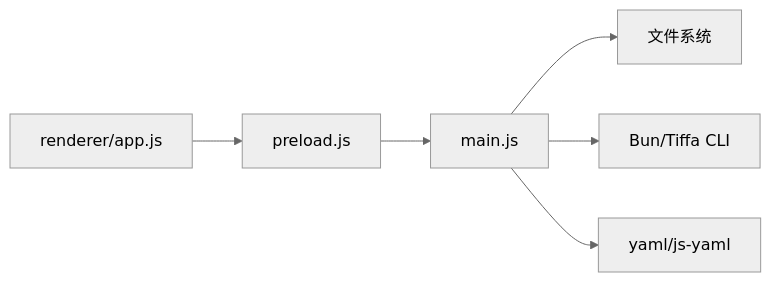
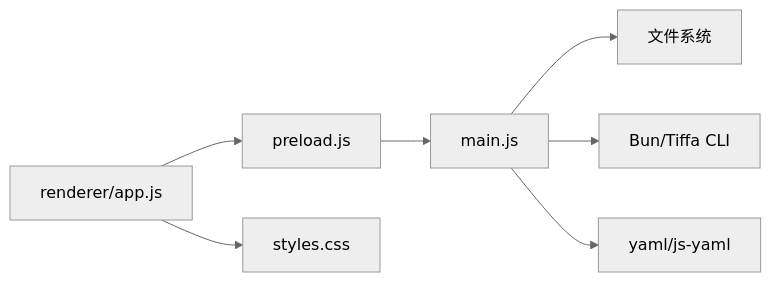
The ninth of 9 diagrams in .qoder/repowiki/zh/content/用户界面/界面组件/项目侧栏.md (swond-Mao/Tiffa), drawn with Mermaid (neutral theme) before and after one commit. The commit also changed other lines of this file and 25 other files, not shown here.

````diff
--- a/.qoder/repowiki/zh/content/用户界面/界面组件/项目侧栏.md
+++ b/.qoder/repowiki/zh/content/用户界面/界面组件/项目侧栏.md
@@ -325,8 +358,9 @@
 ```mermaid
 graph LR
 R["renderer/app.js"] --> PL["preload.js"]
 PL --> M["main.js"]
 M --> FS["文件系统"]
 M --> CLI["Bun/Tiffa CLI"]
 M --> YML["yaml/js-yaml"]
+R --> CSS["styles.css"]
 ```
````
